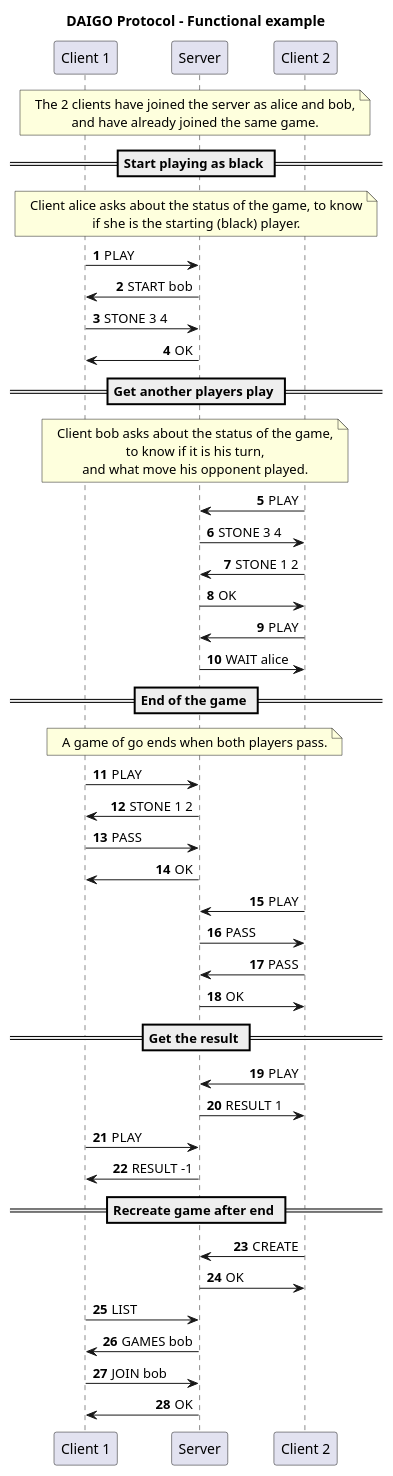
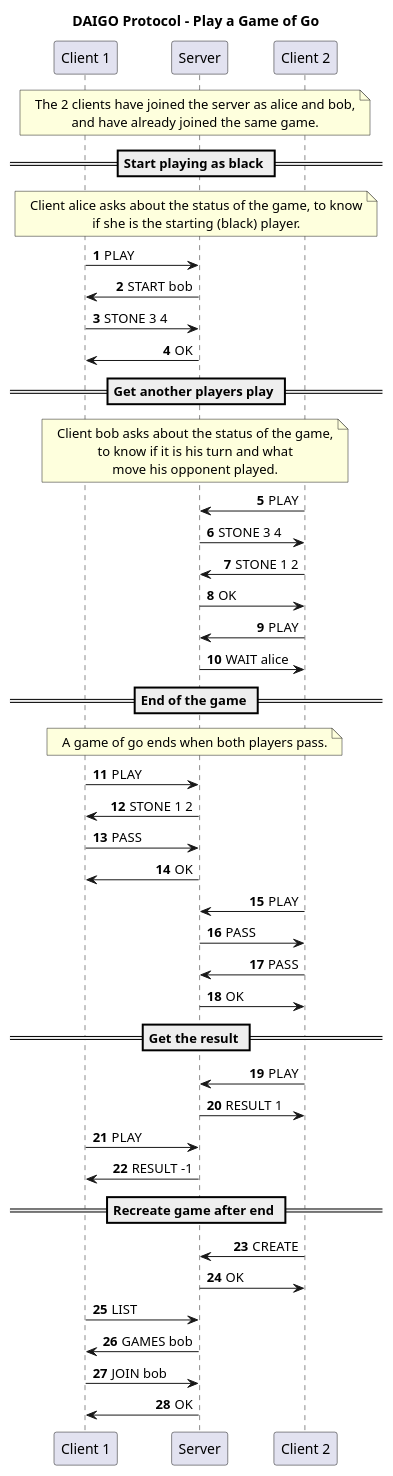
The diagram in doc/diagrams/gameplay.puml (yanniSkawronski/dai-go), drawn with PlantUML before and after one commit. The commit also changed 6 other files, not shown here.

Commit message:
add remaining diagrams

```diff
--- a/doc/diagrams/gameplay.puml
+++ b/doc/diagrams/gameplay.puml
@@ -1,76 +1,76 @@
 @startuml
 skinparam noteTextAlignment center
 skinparam sequenceMessageAlign direction
 autonumber
 
-title "DAIGO Protocol - Functional example"
+title "DAIGO Protocol - Play a Game of Go"
 
 participant "Client 1" as c1
 participant "Server" as s
 participant "Client 2" as c2
 
 note over c1, c2
 The 2 clients have joined the server as alice and bob,
 and have already joined the same game.
 end note
 
 == Start playing as black ==
 
 note over c1, c2
 Client alice asks about the status of the game, to know
 if she is the starting (black) player.
 end note
 
 c1 -> s : PLAY
 s -> c1 : START bob
 c1 -> s : STONE 3 4
 s -> c1 : OK
 
 == Get another players play ==
 
 note over c1, c2
 Client bob asks about the status of the game,
-to know if it is his turn,
-and what move his opponent played.
+to know if it is his turn and what
+move his opponent played.
 end note
 
 c2 -> s : PLAY
 s -> c2 : STONE 3 4
 c2 -> s : STONE 1 2
 s -> c2 : OK
 c2 -> s : PLAY
 s -> c2 : WAIT alice
 
 == End of the game ==
 
 note over c1, c2
 A game of go ends when both players pass.
 end note
 
 c1 -> s : PLAY
 s -> c1 : STONE 1 2
 c1 -> s : PASS
 s -> c1 : OK
 c2 -> s : PLAY
 s -> c2 : PASS
 c2 -> s : PASS
 s -> c2 : OK
 
 == Get the result ==
 
 c2 -> s : PLAY
 s -> c2 : RESULT 1
 c1 -> s : PLAY
 s -> c1 : RESULT -1
 
 == Recreate game after end ==
 
 c2 -> s : CREATE
 s -> c2 : OK
 
 c1 -> s : LIST
 s -> c1 : GAMES bob
 c1 -> s : JOIN bob
 s -> c1 : OK
 
 @enduml
```
